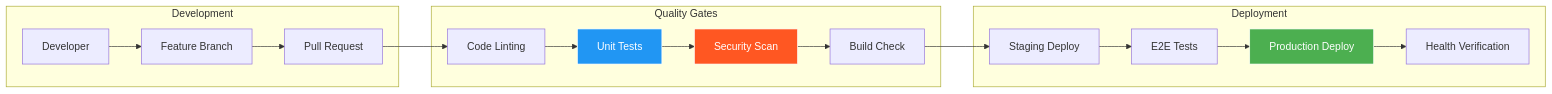
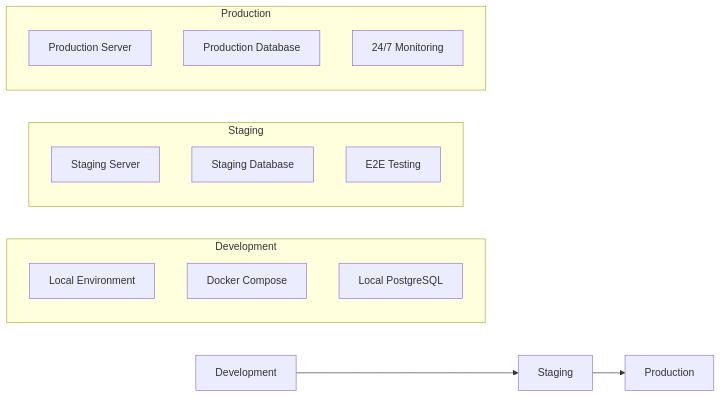
One commit to openlearnnitj/openlearn-backend changed the eighth of 11 diagrams in README.md. Above: the diagram before and after it, drawn with Mermaid. The commit also changed other lines of this file and 1 other file, not shown here.

Commit message:
refactor: readme ci/cd

````diff
--- a/README.md
+++ b/README.md
@@ -582,37 +654,23 @@
 ```mermaid
 graph LR
+    DEV[Development] --> STAGING[Staging]
+    STAGING --> PROD[Production]
+    
     subgraph "Development"
-        DEV[Developer]
-        BRANCH[Feature Branch]
-        PR[Pull Request]
-    end
-
-    subgraph "Quality Gates"
-        LINT[Code Linting]
-        TEST[Unit Tests]
-        SECURITY[Security Scan]
-        BUILD[Build Check]
+        LOCAL_ENV[Local Environment]
+        DOCKER_COMPOSE[Docker Compose]
+        DEV_DB[Local PostgreSQL]
     end
     
-    subgraph "Deployment"
-        STAGING[Staging Deploy]
-        E2E[E2E Tests]
-        PROD[Production Deploy]
-        HEALTH_CHECK[Health Verification]
+    subgraph "Staging"
+        STAGING_SERVER[Staging Server]
+        STAGING_DB[Staging Database]
+        E2E_TESTS[E2E Testing]
     end
     
-    DEV --> BRANCH
-    BRANCH --> PR
-    PR --> LINT
-    LINT --> TEST
-    TEST --> SECURITY
-    SECURITY --> BUILD
-    BUILD --> STAGING
-    STAGING --> E2E
-    E2E --> PROD
-    PROD --> HEALTH_CHECK
-    
-    style PROD fill:#4CAF50,stroke:#fff,color:#fff
-    style SECURITY fill:#FF5722,stroke:#fff,color:#fff
-    style TEST fill:#2196F3,stroke:#fff,color:#fff
+    subgraph "Production"
+        PROD_SERVER[Production Server]
+        PROD_DB[Production Database]
+        MONITORING[24/7 Monitoring]
+    end
 ```
````
